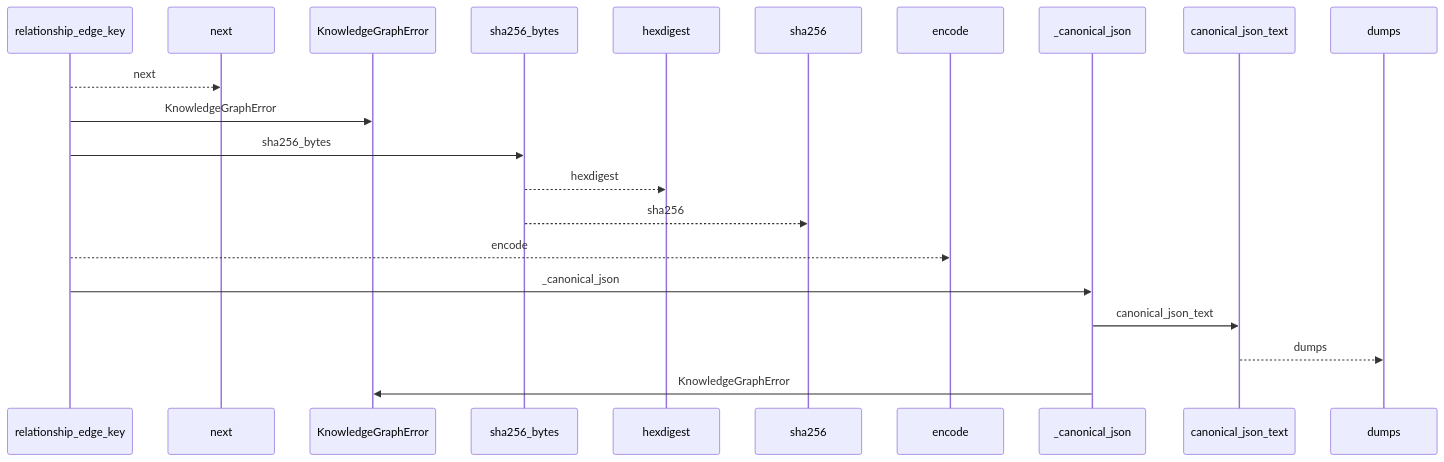
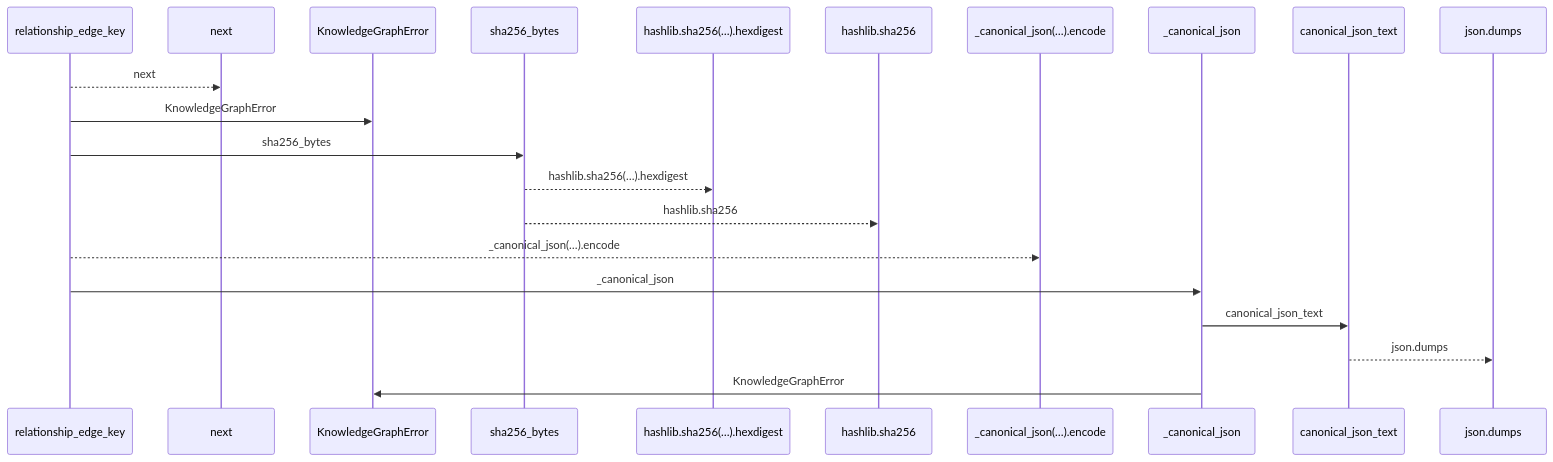
The first of 2 diagrams in docs/llm_wiki/flows/api-relationship_edge_key.md (Denissvgn/python-wiki-llm), drawn with Mermaid before and after one commit. The commit also changed other lines of this file and 719 other files, not shown here.

````diff
--- a/docs/llm_wiki/flows/api-relationship_edge_key.md
+++ b/docs/llm_wiki/flows/api-relationship_edge_key.md
@@ -10,23 +10,23 @@
 ```mermaid
 sequenceDiagram
     participant p0 as relationship_edge_key
     participant p1 as next
     participant p2 as KnowledgeGraphError
     participant p3 as sha256_bytes
-    participant p4 as hexdigest
-    participant p5 as sha256
-    participant p6 as encode
+    participant p4 as hashlib.sha256(…).hexdigest
+    participant p5 as hashlib.sha256
+    participant p6 as _canonical_json(…).encode
     participant p7 as _canonical_json
     participant p8 as canonical_json_text
-    participant p9 as dumps
+    participant p9 as json.dumps
     p0-->>p1: next
     p0->>p2: KnowledgeGraphError
     p0->>p3: sha256_bytes
-    p3-->>p4: hexdigest
-    p3-->>p5: sha256
-    p0-->>p6: encode
+    p3-->>p4: hashlib.sha256(…).hexdigest
+    p3-->>p5: hashlib.sha256
+    p0-->>p6: _canonical_json(…).encode
     p0->>p7: _canonical_json
     p7->>p8: canonical_json_text
-    p8-->>p9: dumps
+    p8-->>p9: json.dumps
     p7->>p2: KnowledgeGraphError
 ```
````
